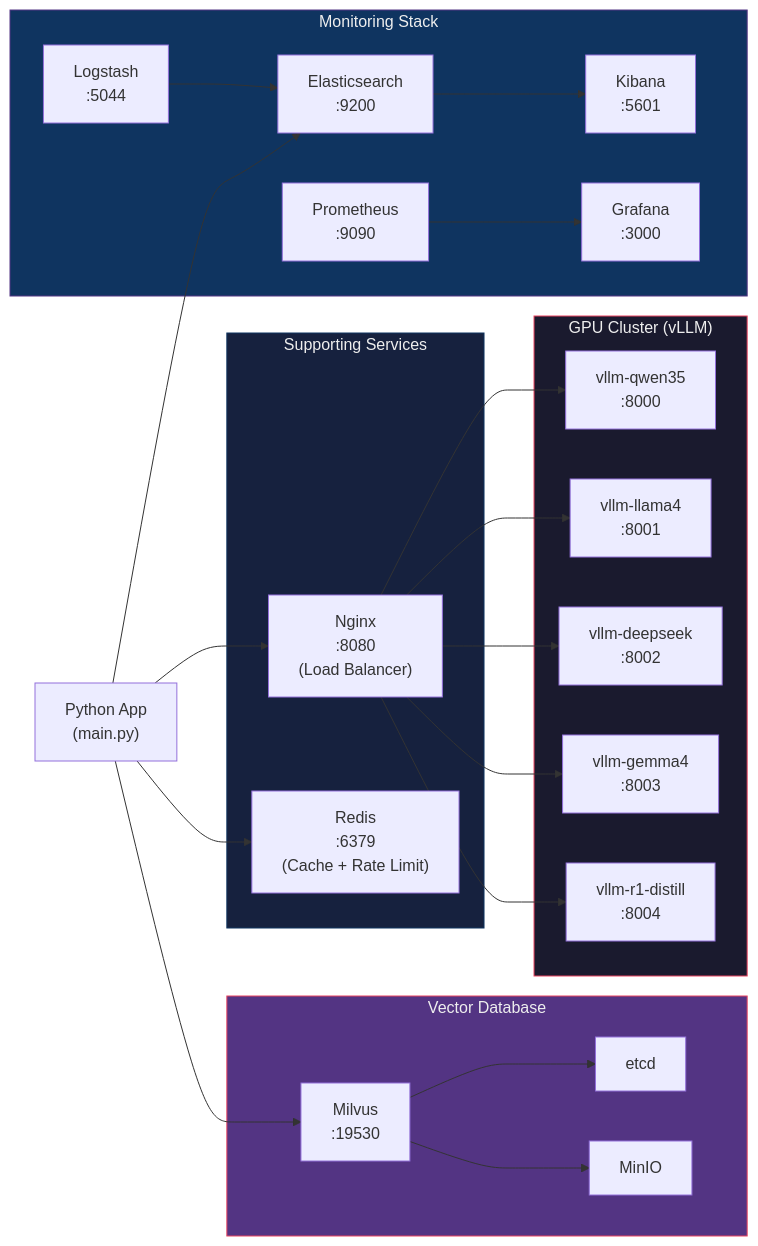
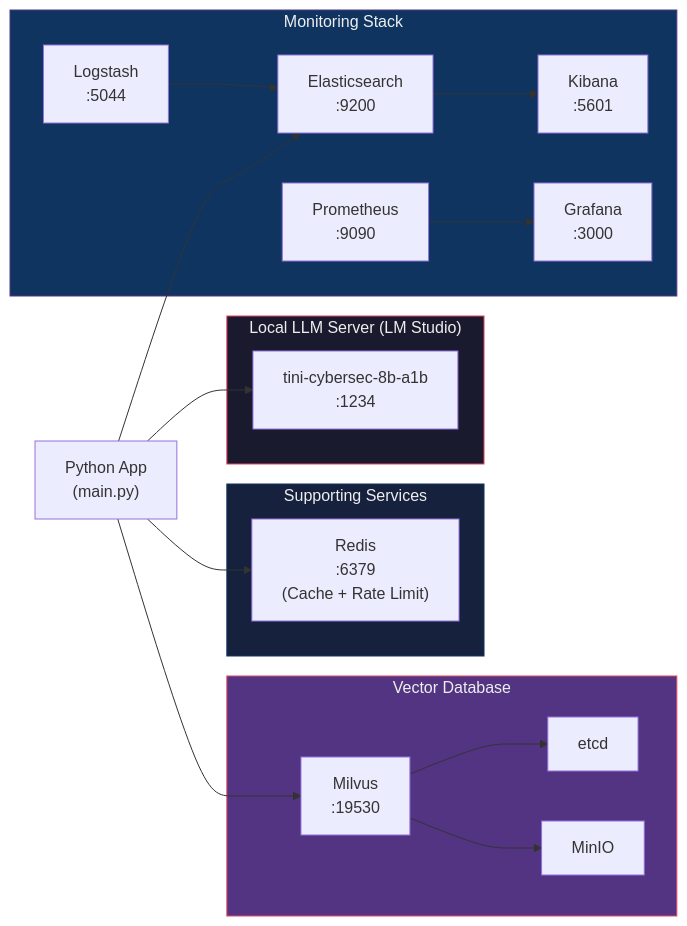
Before and after one commit to n3r0-b1n4ry/openmair: the fourth of 6 diagrams in docs/ARCHITECTURE.md, drawn with Mermaid. The commit also changed other lines of this file and 2 other files, not shown here.

Commit message:
docs: add comprehensive system architecture, workflow diagrams, and project documentation

````diff
--- a/docs/ARCHITECTURE.md
+++ b/docs/ARCHITECTURE.md
@@ -202,44 +200,38 @@
 ```mermaid
 graph LR
-    subgraph GPU_Cluster["GPU Cluster (vLLM)"]
-        V1["vllm-qwen35<br/>:8000"]
-        V2["vllm-llama4<br/>:8001"]
-        V3["vllm-deepseek<br/>:8002"]
-        V4["vllm-gemma4<br/>:8003"]
-        V5["vllm-r1-distill<br/>:8004"]
+    subgraph Local_Server["Local LLM Server (LM Studio)"]
+        LMS["tini-cybersec-8b-a1b<br/>:1234"]
     end
 
     subgraph Services["Supporting Services"]
         REDIS["Redis<br/>:6379<br/>(Cache + Rate Limit)"]
-        NGINX["Nginx<br/>:8080<br/>(Load Balancer)"]
     end
 
     subgraph Monitoring["Monitoring Stack"]
         ES["Elasticsearch<br/>:9200"]
         LS["Logstash<br/>:5044"]
         KB["Kibana<br/>:5601"]
         PROM["Prometheus<br/>:9090"]
         GRAF["Grafana<br/>:3000"]
     end
 
     subgraph VectorDB["Vector Database"]
         MILVUS["Milvus<br/>:19530"]
         ETCD["etcd"]
         MINIO["MinIO"]
     end
 
-    APP["Python App<br/>(main.py)"] --> NGINX
-    NGINX --> V1 & V2 & V3 & V4 & V5
+    APP["Python App<br/>(main.py)"] --> LMS
     APP --> REDIS
     APP --> ES
     APP --> MILVUS
     MILVUS --> ETCD & MINIO
     LS --> ES
     ES --> KB
     PROM --> GRAF
 
-    style GPU_Cluster fill:#1a1a2e,stroke:#e94560,color:#eee
+    style Local_Server fill:#1a1a2e,stroke:#e94560,color:#eee
     style Services fill:#16213e,stroke:#0f3460,color:#eee
     style Monitoring fill:#0f3460,stroke:#533483,color:#eee
     style VectorDB fill:#533483,stroke:#e94560,color:#eee
 ```
````
